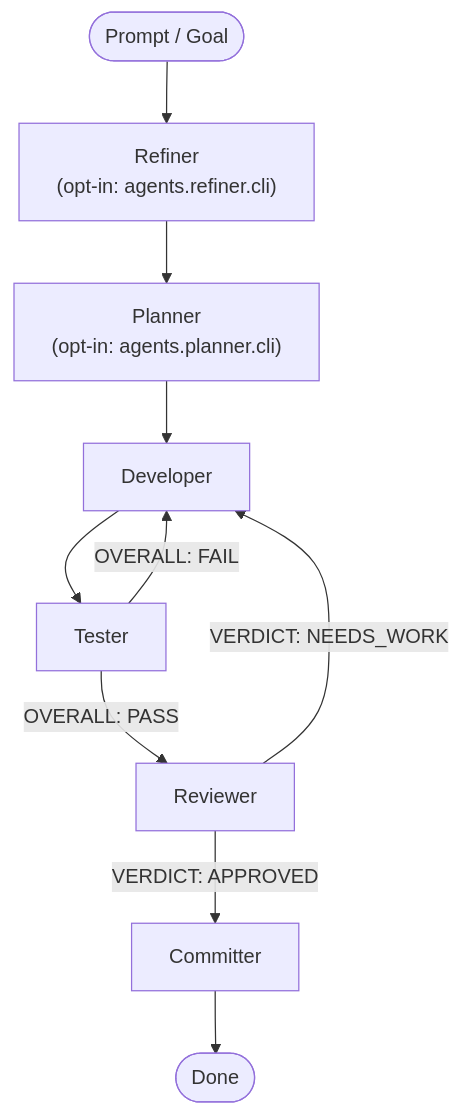
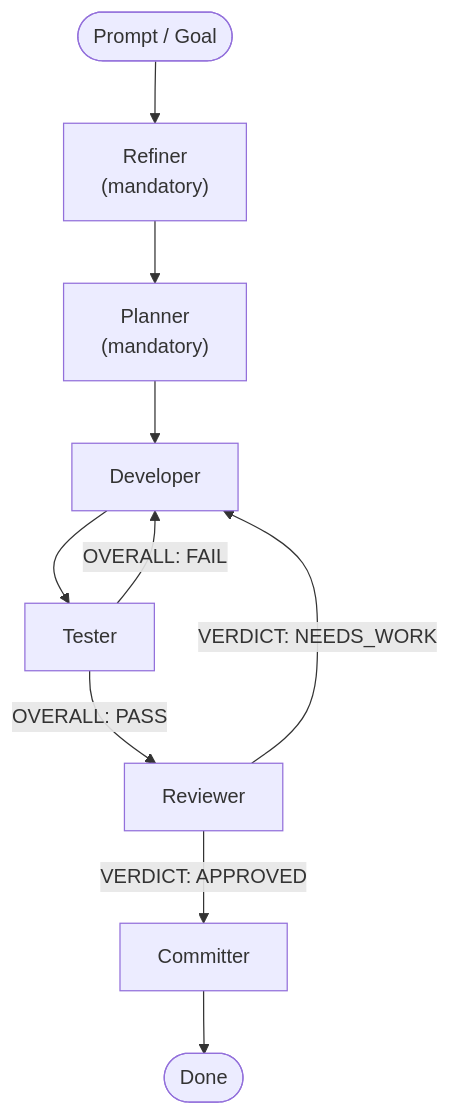
One commit to hjhun/dormammu changed the third of 6 diagrams in docs/GUIDE.md. Above: the diagram before and after it, drawn with Mermaid. The commit also changed other lines of this file and 17 other files, not shown here.

````diff
--- a/docs/GUIDE.md
+++ b/docs/GUIDE.md
@@ -139,12 +142,12 @@
 ```mermaid
 flowchart TD
-    prompt([Prompt / Goal]) --> refiner["Refiner<br/>(opt-in: agents.refiner.cli)"]
-    refiner --> planner["Planner<br/>(opt-in: agents.planner.cli)"]
+    prompt([Prompt / Goal]) --> refiner["Refiner<br/>(mandatory)"]
+    refiner --> planner["Planner<br/>(mandatory)"]
     planner --> developer[Developer]
     developer --> tester[Tester]
     tester -- "OVERALL: FAIL" --> developer
     tester -- "OVERALL: PASS" --> reviewer[Reviewer]
     reviewer -- "VERDICT: NEEDS_WORK" --> developer
     reviewer -- "VERDICT: APPROVED" --> committer[Committer]
     committer --> done([Done])
 ```
````
